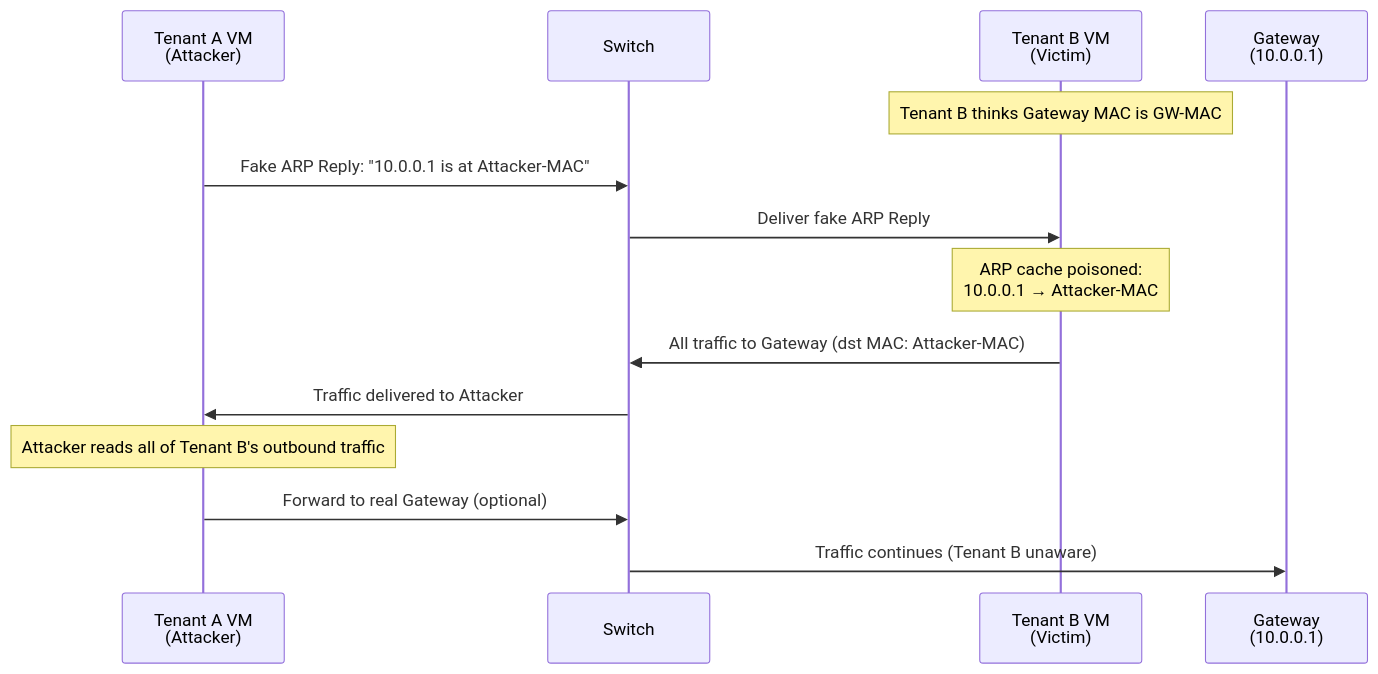
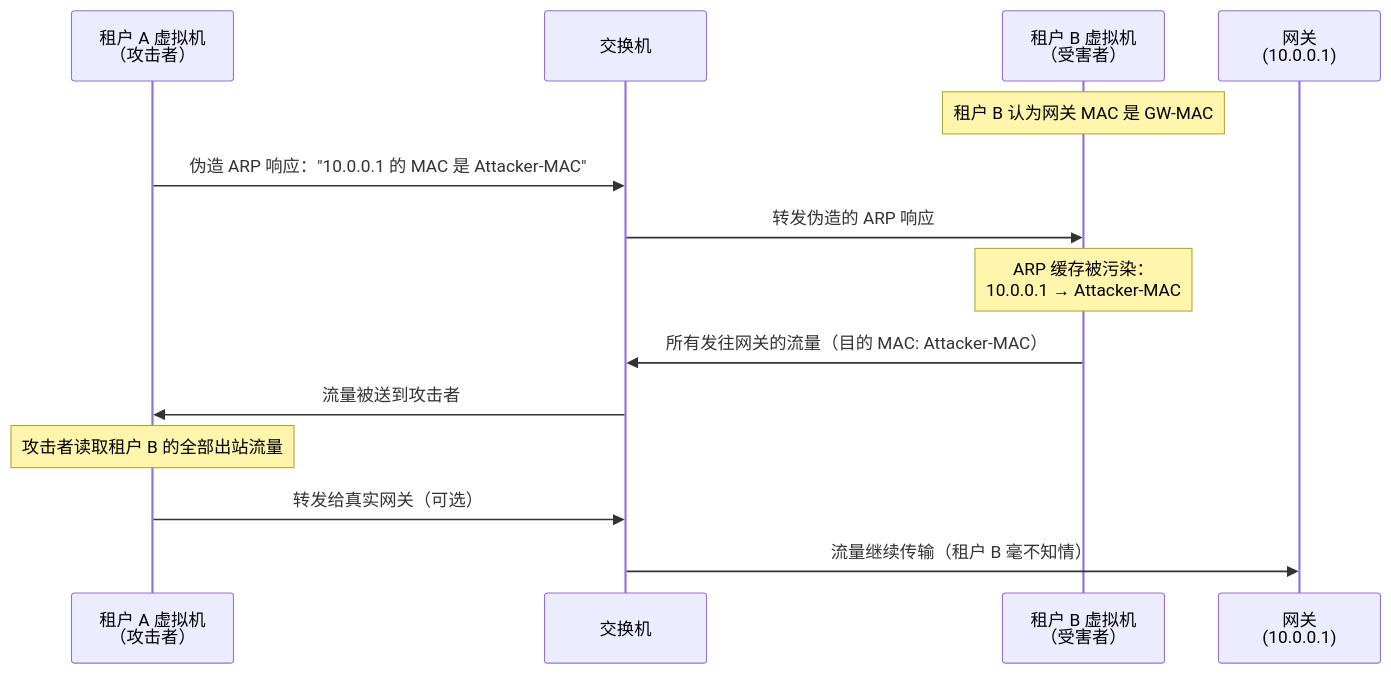
Before and after one commit to caozhiyi/network-book: the third of 3 diagrams in docs/03.共用网络的噩梦.md, drawn with Mermaid. The commit also changed other lines of this file and 77 other files, not shown here.

````diff
--- a/docs/03.共用网络的噩梦.md
+++ b/docs/03.共用网络的噩梦.md
@@ -139,17 +141,17 @@
 ```mermaid
 sequenceDiagram
-    participant A as Tenant A VM<br/>(Attacker)
-    participant SW as Switch
-    participant B as Tenant B VM<br/>(Victim)
-    participant GW as Gateway<br/>(10.0.0.1)
+    participant A as 租户 A 虚拟机<br/>（攻击者）
+    participant SW as 交换机
+    participant B as 租户 B 虚拟机<br/>（受害者）
+    participant GW as 网关<br/>(10.0.0.1)
 
-    Note over B: Tenant B thinks Gateway MAC is GW-MAC
-    A->>SW: Fake ARP Reply: "10.0.0.1 is at Attacker-MAC"
-    SW->>B: Deliver fake ARP Reply
-    Note over B: ARP cache poisoned:<br/>10.0.0.1 → Attacker-MAC
-    B->>SW: All traffic to Gateway (dst MAC: Attacker-MAC)
-    SW->>A: Traffic delivered to Attacker
-    Note over A: Attacker reads all of Tenant B's outbound traffic
-    A->>SW: Forward to real Gateway (optional)
-    SW->>GW: Traffic continues (Tenant B unaware)
+    Note over B: 租户 B 认为网关 MAC 是 GW-MAC
+    A->>SW: 伪造 ARP 响应："10.0.0.1 的 MAC 是 Attacker-MAC"
+    SW->>B: 转发伪造的 ARP 响应
+    Note over B: ARP 缓存被污染：<br/>10.0.0.1 → Attacker-MAC
+    B->>SW: 所有发往网关的流量（目的 MAC: Attacker-MAC）
+    SW->>A: 流量被送到攻击者
+    Note over A: 攻击者读取租户 B 的全部出站流量
+    A->>SW: 转发给真实网关（可选）
+    SW->>GW: 流量继续传输（租户 B 毫不知情）
 ```
````
